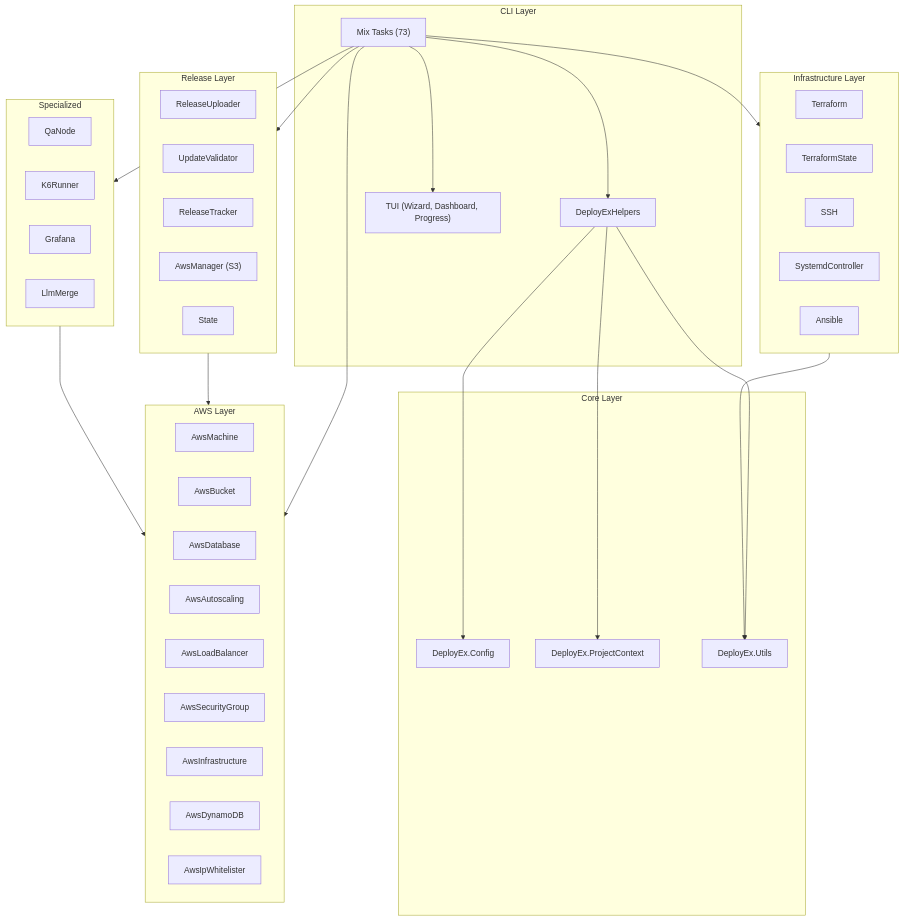
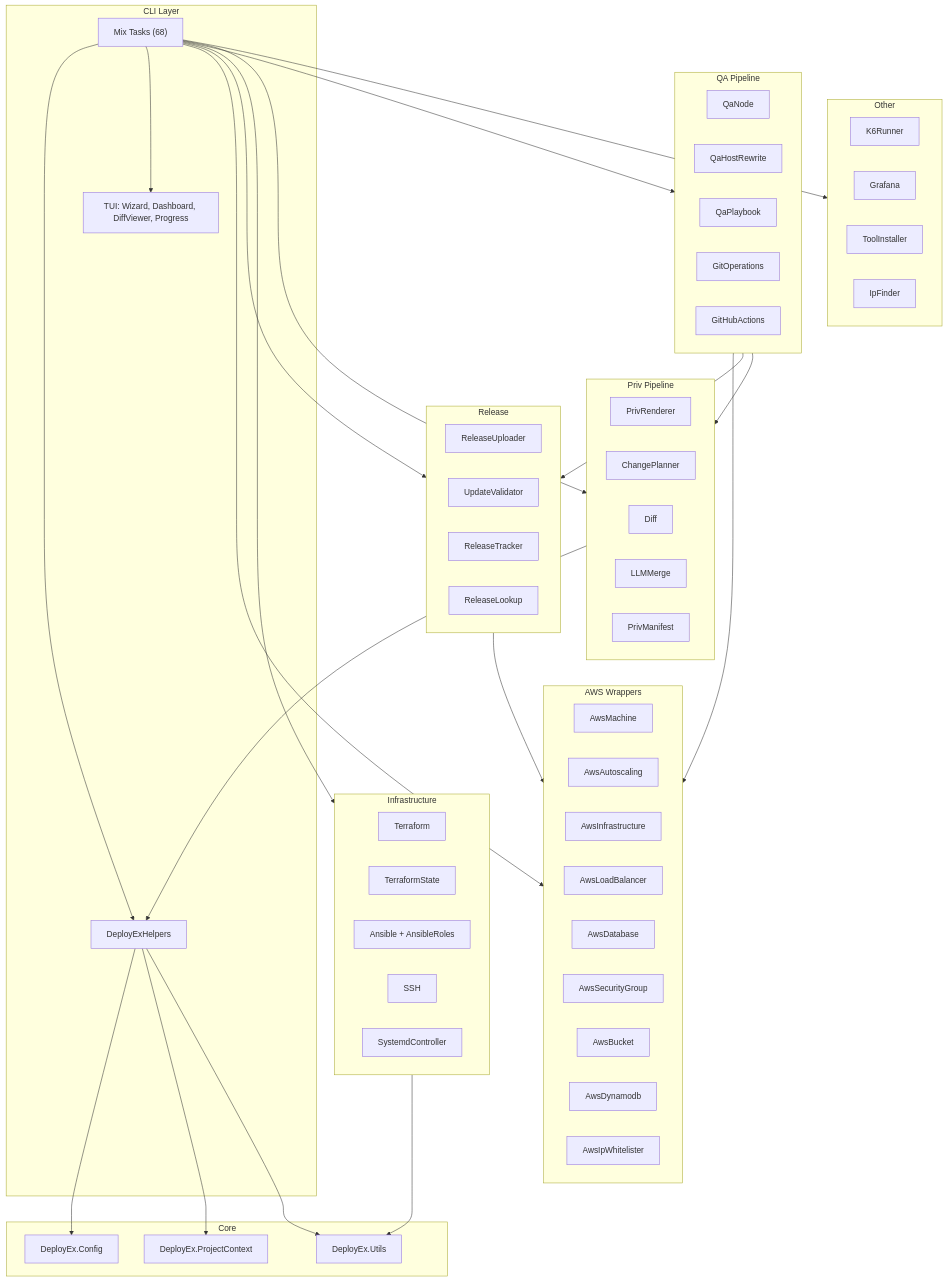
One commit to MikaAK/deploy_ex changed the first of 8 diagrams in guides/explanation/architecture.md. Above: the diagram before and after it, drawn with Mermaid. The commit also changed other lines of this file and 19 other files, not shown here.

````diff
--- a/guides/explanation/architecture.md
+++ b/guides/explanation/architecture.md
@@ -5,62 +5,82 @@
 ```mermaid
 graph TD
     subgraph CLI["CLI Layer"]
-        Tasks["Mix Tasks (73)"]
+        Tasks["Mix Tasks (68)"]
         Helpers["DeployExHelpers"]
-        TUI["TUI (Wizard, Dashboard, Progress)"]
+        TUI["TUI: Wizard, Dashboard, DiffViewer, Progress"]
     end
 
-    subgraph Core["Core Layer"]
+    subgraph Core["Core"]
         Config["DeployEx.Config"]
         Context["DeployEx.ProjectContext"]
         Utils["DeployEx.Utils"]
     end
 
-    subgraph AWS["AWS Layer"]
+    subgraph AWS["AWS Wrappers"]
         Machine["AwsMachine"]
+        ASG["AwsAutoscaling"]
+        Infra["AwsInfrastructure"]
+        LB["AwsLoadBalancer"]
+        DB["AwsDatabase"]
+        SG["AwsSecurityGroup"]
         Bucket["AwsBucket"]
-        Database["AwsDatabase"]
-        ASG["AwsAutoscaling"]
-        LB["AwsLoadBalancer"]
-        SG["AwsSecurityGroup"]
-        Infra["AwsInfrastructure"]
-        DDB["AwsDynamoDB"]
-        IP["AwsIpWhitelister"]
+        DDB["AwsDynamodb"]
+        IPW["AwsIpWhitelister"]
     end
 
-    subgraph Release["Release Layer"]
+    subgraph Release["Release"]
         Uploader["ReleaseUploader"]
         Validator["UpdateValidator"]
         Tracker["ReleaseTracker"]
-        AwsMgr["AwsManager (S3)"]
-        State["State"]
+        Lookup["ReleaseLookup"]
     end
 
-    subgraph IaC["Infrastructure Layer"]
+    subgraph IaC["Infrastructure"]
         TF["Terraform"]
         TFState["TerraformState"]
+        Ansible["Ansible + AnsibleRoles"]
         SSH["SSH"]
         Systemd["SystemdController"]
-        Ansible["Ansible"]
     end
 
-    subgraph Specialized["Specialized"]
-        QA["QaNode"]
+    subgraph QA["QA Pipeline"]
+        QaNode["QaNode"]
+        QaHost["QaHostRewrite"]
+        QaPB["QaPlaybook"]
+        Git["GitOperations"]
+        GHA["GitHubActions"]
+    end
+
+    subgraph PrivPipe["Priv Pipeline"]
+        Renderer["PrivRenderer"]
+        Planner["ChangePlanner"]
+        Diff["Diff"]
+        LLM["LLMMerge"]
+        Manifest["PrivManifest"]
+    end
+
+    subgraph Misc["Other"]
         K6["K6Runner"]
         Grafana["Grafana"]
-        LLM["LlmMerge"]
+        Tool["ToolInstaller"]
+        IPF["IpFinder"]
     end
 
     Tasks --> Helpers
     Tasks --> TUI
     Helpers --> Config
     Helpers --> Context
     Helpers --> Utils
     Tasks --> AWS
     Tasks --> Release
     Tasks --> IaC
-    Tasks --> Specialized
+    Tasks --> QA
+    Tasks --> PrivPipe
+    Tasks --> Misc
     Release --> AWS
-    Specialized --> AWS
+    QA --> AWS
+    QA --> Release
+    QA --> PrivPipe
+    PrivPipe --> Helpers
     IaC --> Utils
 ```
````
